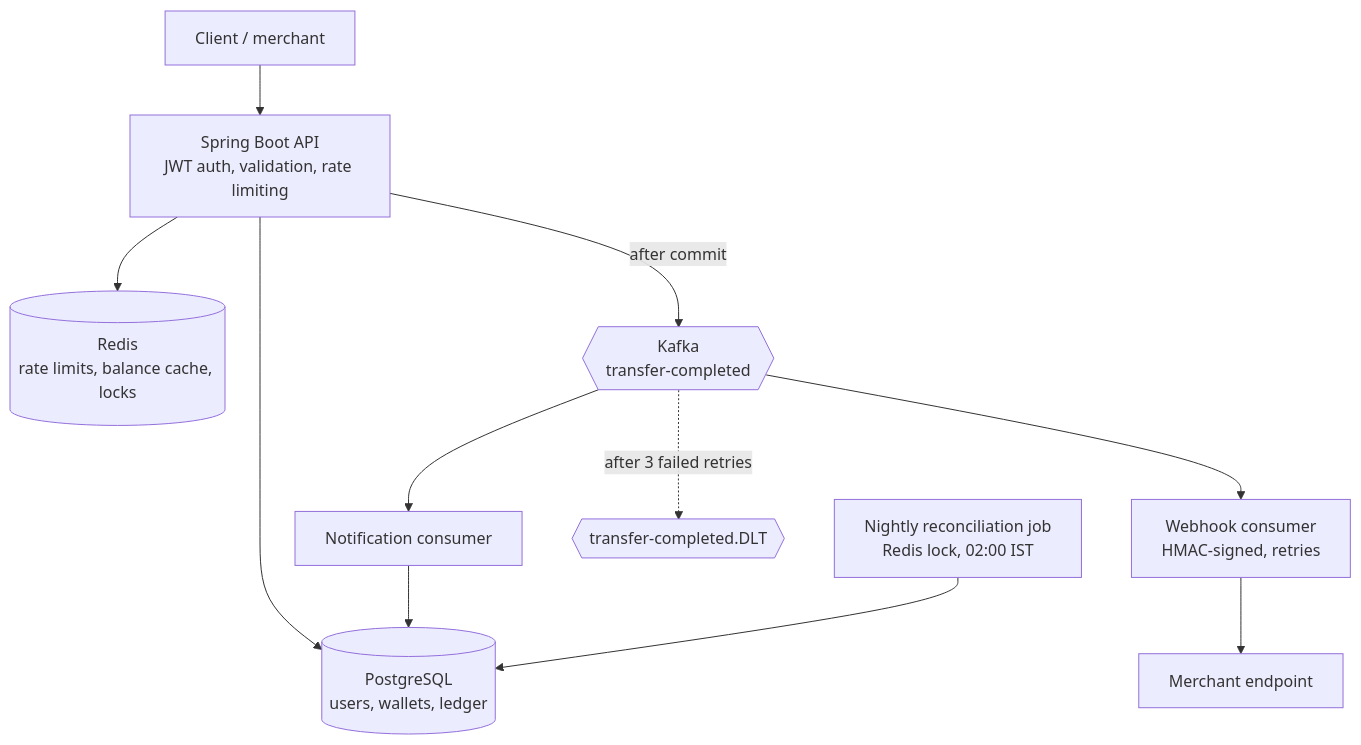
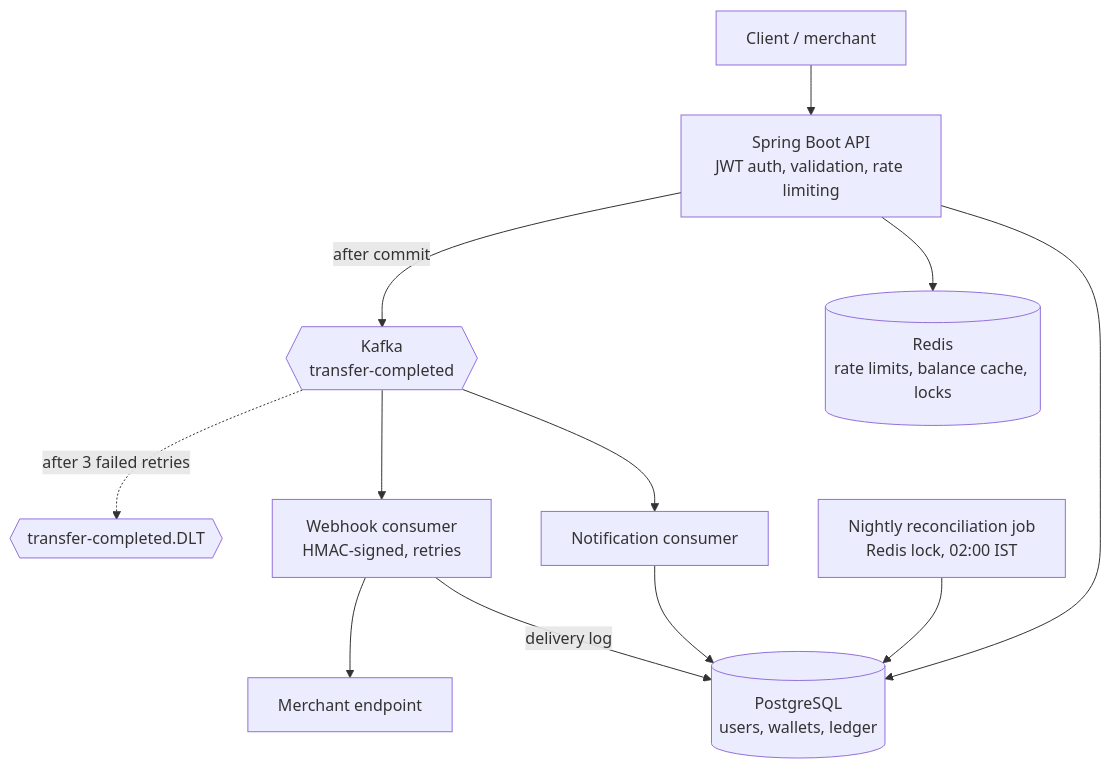
One commit to sayanah1121/wallet-service changed the diagram in README.md. Above: the diagram before and after it, drawn with Mermaid. The commit also changed other lines of this file, not shown here.

````diff
--- a/README.md
+++ b/README.md
@@ -9,13 +9,14 @@
 ```mermaid
 flowchart TD
     Client["Client / merchant"] --> API["Spring Boot API<br/>JWT auth, validation, rate limiting"]
     API --> PG[("PostgreSQL<br/>users, wallets, ledger")]
     API --> Redis[("Redis<br/>rate limits, balance cache, locks")]
     API -->|"after commit"| Kafka{{"Kafka<br/>transfer-completed"}}
     Kafka --> Notify["Notification consumer"]
     Kafka --> Hook["Webhook consumer<br/>HMAC-signed, retries"]
     Kafka -.->|"after 3 failed retries"| DLT{{"transfer-completed.DLT"}}
     Notify --> PG
+    Hook -->|"delivery log"| PG
     Hook --> Merchant["Merchant endpoint"]
     Job["Nightly reconciliation job<br/>Redis lock, 02:00 IST"] --> PG
 ```
````
